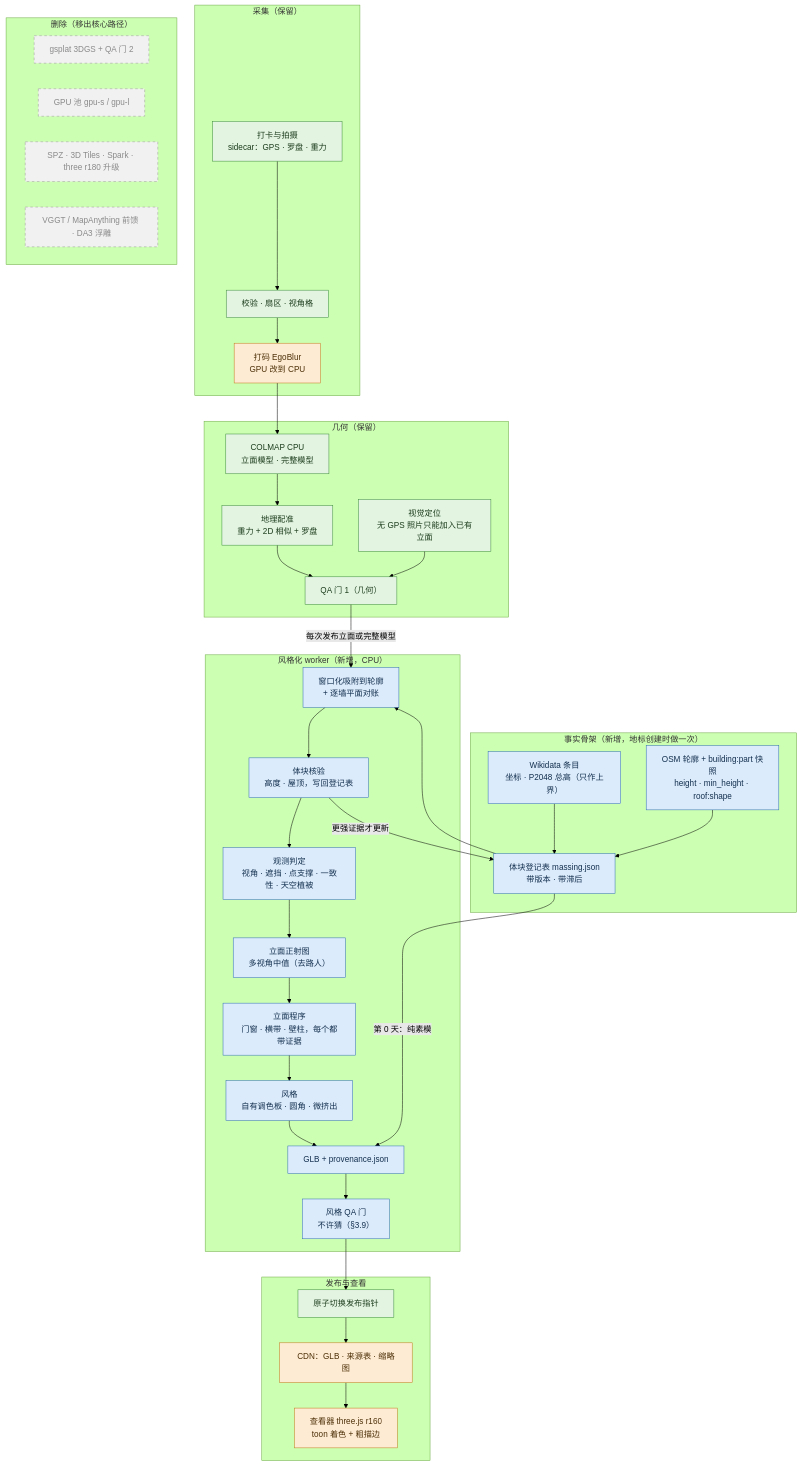
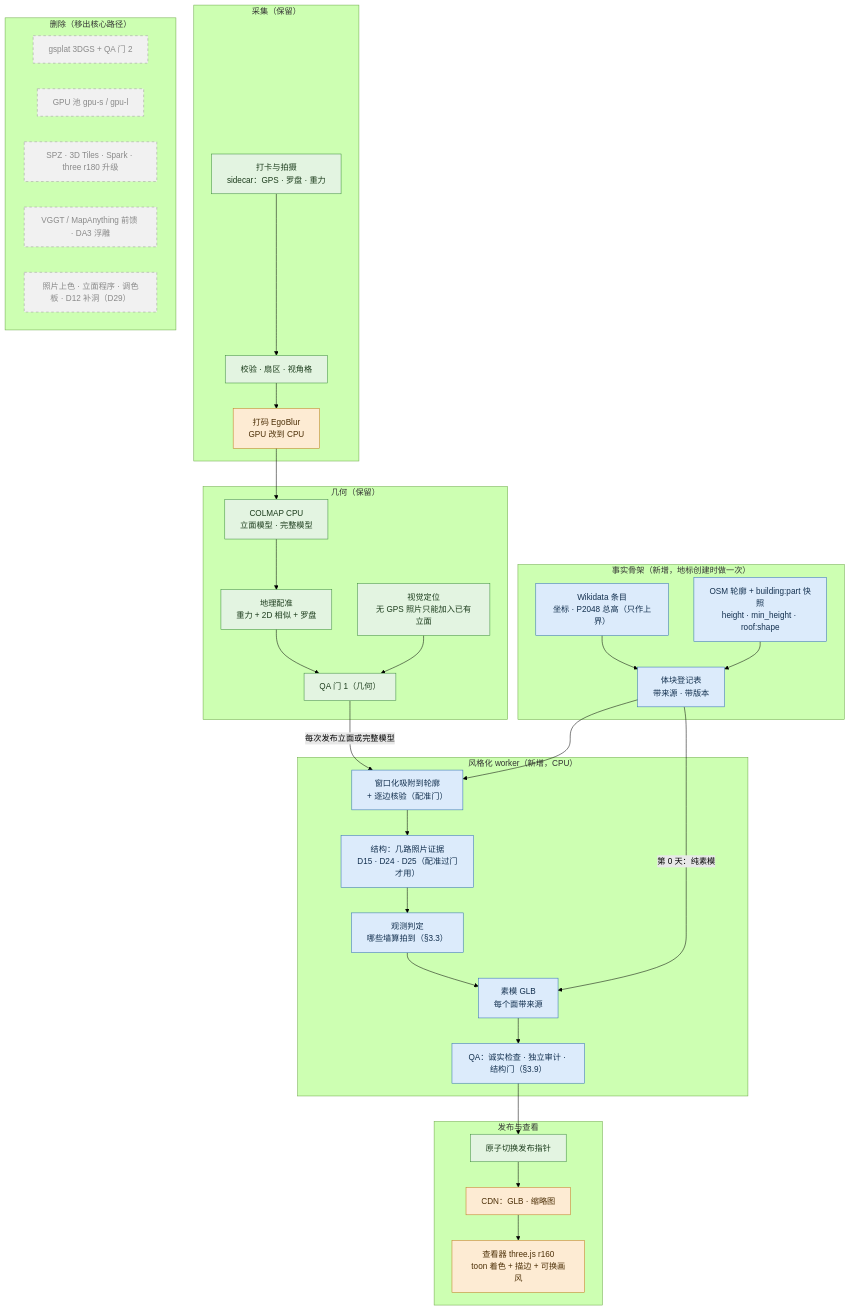
Before and after one commit to h2zh/temp: the diagram in docs/STYLIZED_MODEL.md, drawn with Mermaid (forest theme). The commit also changed other lines of this file and 9 other files, not shown here.

````diff
--- a/docs/STYLIZED_MODEL.md
+++ b/docs/STYLIZED_MODEL.md
@@ -64,53 +72,50 @@
 ```mermaid
 flowchart TB
   subgraph CAP["采集（保留）"]
     C1["打卡与拍摄<br/>sidecar：GPS · 罗盘 · 重力"]:::keep
     C2["校验 · 扇区 · 视角格"]:::keep
     C3["打码 EgoBlur<br/>GPU 改到 CPU"]:::chg
   end
   subgraph FACT["事实骨架（新增，地标创建时做一次）"]
     F1["Wikidata 条目<br/>坐标 · P2048 总高（只作上界）"]:::new
     F2["OSM 轮廓 + building:part 快照<br/>height · min_height · roof:shape"]:::new
-    F3["体块登记表 massing.json<br/>带版本 · 带滞后"]:::new
+    F3["体块登记表<br/>带来源 · 带版本"]:::new
   end
   subgraph GEO["几何（保留）"]
     G1["COLMAP CPU<br/>立面模型 · 完整模型"]:::keep
     G2["地理配准<br/>重力 + 2D 相似 + 罗盘"]:::keep
     G3["QA 门 1（几何）"]:::keep
     G4["视觉定位<br/>无 GPS 照片只能加入已有立面"]:::keep
   end
   subgraph STY["风格化 worker（新增，CPU）"]
-    S1["窗口化吸附到轮廓<br/>+ 逐墙平面对账"]:::new
-    S2["体块核验<br/>高度 · 屋顶，写回登记表"]:::new
-    S3["观测判定<br/>视角 · 遮挡 · 点支撑 · 一致性 · 天空植被"]:::new
-    S4["立面正射图<br/>多视角中值（去路人）"]:::new
-    S5["立面程序<br/>门窗 · 横带 · 壁柱，每个都带证据"]:::new
-    S6["风格<br/>自有调色板 · 圆角 · 微挤出"]:::new
-    S7["GLB + provenance.json"]:::new
-    S8["风格 QA 门<br/>不许猜（§3.9）"]:::new
+    S1["窗口化吸附到轮廓<br/>+ 逐边核验（配准门）"]:::new
+    S2["结构：几路照片证据<br/>D15 · D24 · D25（配准过门才用）"]:::new
+    S3["观测判定<br/>哪些墙算拍到（§3.3）"]:::new
+    S7["素模 GLB<br/>每个面带来源"]:::new
+    S8["QA：诚实检查 · 独立审计 · 结构门（§3.9）"]:::new
   end
   subgraph PUB["发布与查看"]
     P1["原子切换发布指针"]:::keep
-    P2["CDN：GLB · 来源表 · 缩略图"]:::chg
-    P3["查看器 three.js r160<br/>toon 着色 + 粗描边"]:::chg
+    P2["CDN：GLB · 缩略图"]:::chg
+    P3["查看器 three.js r160<br/>toon 着色 + 描边 + 可换画风"]:::chg
   end
   subgraph DEL["删除（移出核心路径）"]
     X1["gsplat 3DGS + QA 门 2"]:::del
     X2["GPU 池 gpu-s / gpu-l"]:::del
     X3["SPZ · 3D Tiles · Spark · three r180 升级"]:::del
     X4["VGGT / MapAnything 前馈 · DA3 浮雕"]:::del
+    X5["照片上色 · 立面程序 · 调色板 · D12 补洞（D29）"]:::del
   end
   C1 --> C2 --> C3 --> G1 --> G2 --> G3
   G4 --> G3
   F1 --> F3
   F2 --> F3
   F3 -->|"第 0 天：纯素模"| S7
   G3 -->|"每次发布立面或完整模型"| S1
   F3 --> S1
-  S1 --> S2 --> S3 --> S4 --> S5 --> S6 --> S7 --> S8 --> P1 --> P2 --> P3
-  S2 -->|"更强证据才更新"| F3
+  S1 --> S2 --> S3 --> S7 --> S8 --> P1 --> P2 --> P3
   classDef keep fill:#e3f4e1,stroke:#3c8c3c,color:#1d3d1d
   classDef new fill:#dcebfb,stroke:#2f6db3,color:#13304f
   classDef chg fill:#fdebd3,stroke:#c07a1d,color:#4d3008
   classDef del fill:#f1f1f1,stroke:#9a9a9a,stroke-dasharray: 5 5,color:#8a8a8a
 ```
````
